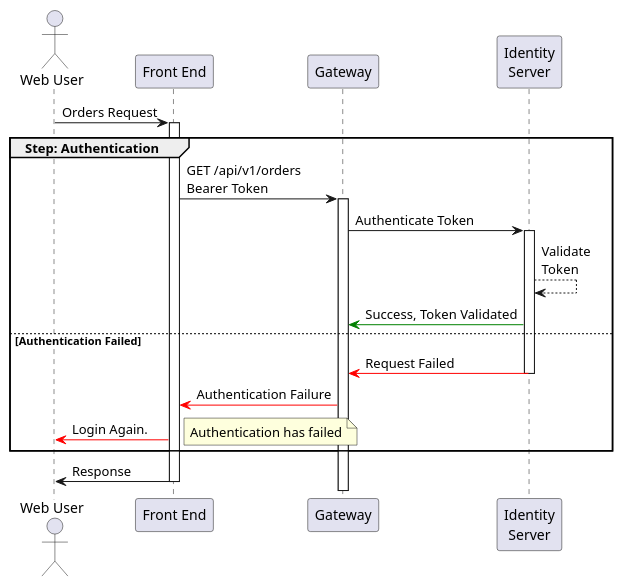
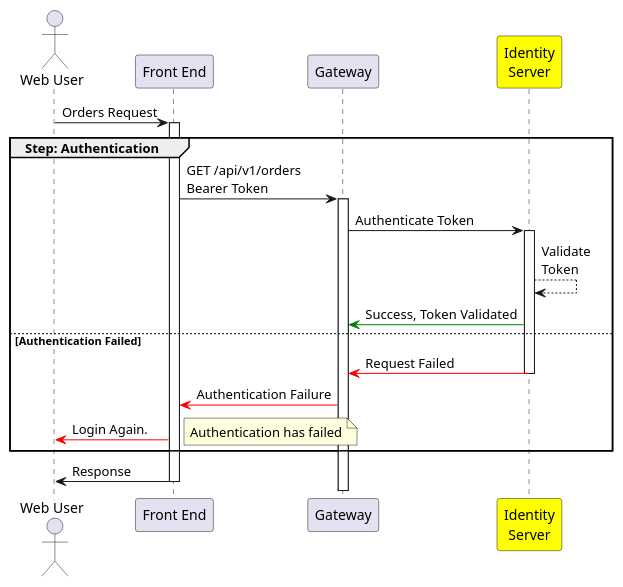
The diagram in sequence_diag.wsd (josephvt78/diagraming-learning), drawn with PlantUML before and after one commit.

Commit message:
coloring participant

```diff
--- a/sequence_diag.wsd
+++ b/sequence_diag.wsd
@@ -1,22 +1,22 @@
 @startuml my simple order request
 
 actor "Web User" as WebUser
 participant "Front End" as Portal
 participant Gateway
-participant "Identity\nServer" as IdentityServer
+participant "Identity\nServer" as IdentityServer #yellow
 
 WebUser -> Portal ++ : Orders Request
 group Step: Authentication
     Portal -> Gateway ++: GET /api/v1/orders\nBearer Token
     Gateway -> IdentityServer ++: Authenticate Token
     IdentityServer --> IdentityServer : Validate\nToken
     IdentityServer -[#green]> Gateway : Success, Token Validated
 else Authentication Failed
     IdentityServer -[#red]> Gateway --: Request Failed
     Gateway -[#red]> Portal : Authentication Failure
     Portal -[#red]> WebUser: Login Again.  
     note right : Authentication has failed  
 end
 Portal -> WebUser --: Response
 
 @enduml
```
